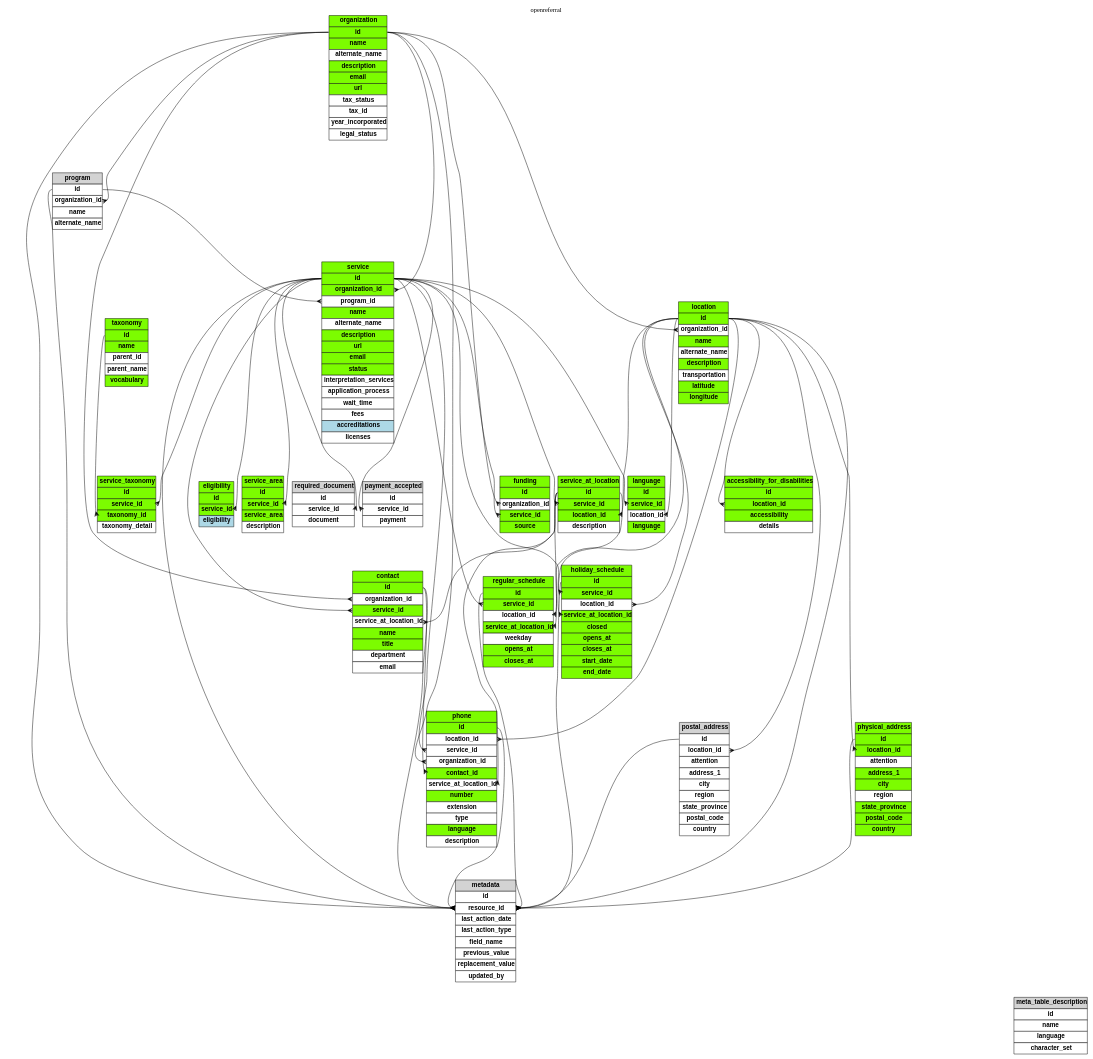
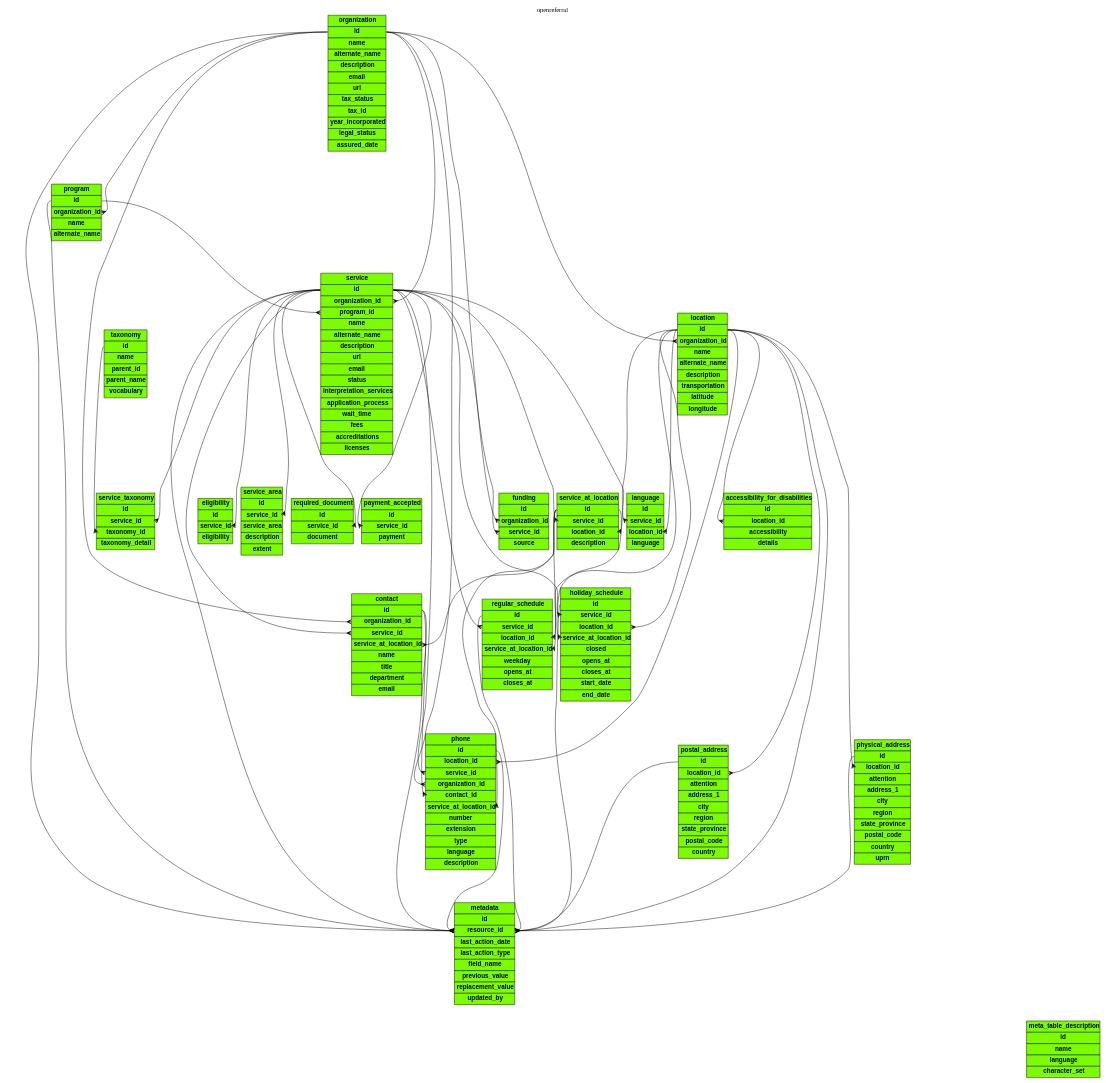
Before and after one commit to OpenReferralUK/human-services: the diagram in Schemas/openreferral.gv, drawn with Graphviz. The commit also changed 38 other files, not shown here.

```diff
--- a/Schemas/openreferral.gv
+++ b/Schemas/openreferral.gv
@@ -16,14 +16,15 @@
 <tr><td bgcolor="lawngreen"><b>organization</b></td></tr>
 <tr><td port='id'  bgcolor="lawngreen"><b>id</b></td></tr>
 <tr><td  bgcolor="lawngreen"><b>name</b></td></tr>
-<tr><td  bgcolor="white"><b>alternate_name</b></td></tr>
+<tr><td  bgcolor="lawngreen"><b>alternate_name</b></td></tr>
 <tr><td  bgcolor="lawngreen"><b>description</b></td></tr>
 <tr><td  bgcolor="lawngreen"><b>email</b></td></tr>
 <tr><td  bgcolor="lawngreen"><b>url</b></td></tr>
-<tr><td  bgcolor="white"><b>tax_status</b></td></tr>
-<tr><td  bgcolor="white"><b>tax_id</b></td></tr>
-<tr><td  bgcolor="white"><b>year_incorporated</b></td></tr>
-<tr><td  bgcolor="white"><b>legal_status</b></td></tr>
+<tr><td  bgcolor="lawngreen"><b>tax_status</b></td></tr>
+<tr><td  bgcolor="lawngreen"><b>tax_id</b></td></tr>
+<tr><td  bgcolor="lawngreen"><b>year_incorporated</b></td></tr>
+<tr><td  bgcolor="lawngreen"><b>legal_status</b></td></tr>
+<tr><td  bgcolor="lawngreen"><b>assured_date</b></td></tr>
 </table>
 >]
 
@@ -31,11 +32,11 @@
 
 program [label=<
 <table border="0" cellborder="1" cellspacing="0" cellpadding="4">
-<tr><td bgcolor="lightgrey"><b>program</b></td></tr>
-<tr><td port='id'  bgcolor="white"><b>id</b></td></tr>
-<tr><td port='organization_id'  bgcolor="white"><b>organization_id</b></td></tr>
-<tr><td  bgcolor="white"><b>name</b></td></tr>
-<tr><td  bgcolor="white"><b>alternate_name</b></td></tr>
+<tr><td bgcolor="lawngreen"><b>program</b></td></tr>
+<tr><td port='id'  bgcolor="lawngreen"><b>id</b></td></tr>
+<tr><td port='organization_id'  bgcolor="lawngreen"><b>organization_id</b></td></tr>
+<tr><td  bgcolor="lawngreen"><b>name</b></td></tr>
+<tr><td  bgcolor="lawngreen"><b>alternate_name</b></td></tr>
 </table>
 >]
 
@@ -47,19 +48,19 @@
 <tr><td bgcolor="lawngreen"><b>service</b></td></tr>
 <tr><td port='id'  bgcolor="lawngreen"><b>id</b></td></tr>
 <tr><td port='organization_id'  bgcolor="lawngreen"><b>organization_id</b></td></tr>
-<tr><td port='program_id'  bgcolor="white"><b>program_id</b></td></tr>
+<tr><td port='program_id'  bgcolor="lawngreen"><b>program_id</b></td></tr>
 <tr><td  bgcolor="lawngreen"><b>name</b></td></tr>
-<tr><td  bgcolor="white"><b>alternate_name</b></td></tr>
+<tr><td  bgcolor="lawngreen"><b>alternate_name</b></td></tr>
 <tr><td  bgcolor="lawngreen"><b>description</b></td></tr>
 <tr><td  bgcolor="lawngreen"><b>url</b></td></tr>
 <tr><td  bgcolor="lawngreen"><b>email</b></td></tr>
 <tr><td  bgcolor="lawngreen"><b>status</b></td></tr>
-<tr><td  bgcolor="white"><b>interpretation_services</b></td></tr>
-<tr><td  bgcolor="white"><b>application_process</b></td></tr>
-<tr><td  bgcolor="white"><b>wait_time</b></td></tr>
-<tr><td  bgcolor="white"><b>fees</b></td></tr>
-<tr><td  bgcolor="lightblue"><b>accreditations</b></td></tr>
-<tr><td  bgcolor="white"><b>licenses</b></td></tr>
+<tr><td  bgcolor="lawngreen"><b>interpretation_services</b></td></tr>
+<tr><td  bgcolor="lawngreen"><b>application_process</b></td></tr>
+<tr><td  bgcolor="lawngreen"><b>wait_time</b></td></tr>
+<tr><td  bgcolor="lawngreen"><b>fees</b></td></tr>
+<tr><td  bgcolor="lawngreen"><b>accreditations</b></td></tr>
+<tr><td  bgcolor="lawngreen"><b>licenses</b></td></tr>
 </table>
 >]
 
@@ -73,7 +74,7 @@
 <tr><td port='id'  bgcolor="lawngreen"><b>id</b></td></tr>
 <tr><td port='service_id'  bgcolor="lawngreen"><b>service_id</b></td></tr>
 <tr><td port='taxonomy_id'  bgcolor="lawngreen"><b>taxonomy_id</b></td></tr>
-<tr><td  bgcolor="white"><b>taxonomy_detail</b></td></tr>
+<tr><td  bgcolor="lawngreen"><b>taxonomy_detail</b></td></tr>
 </table>
 >]
 
@@ -87,7 +88,7 @@
 <tr><td port='id'  bgcolor="lawngreen"><b>id</b></td></tr>
 <tr><td port='service_id'  bgcolor="lawngreen"><b>service_id</b></td></tr>
 <tr><td port='location_id'  bgcolor="lawngreen"><b>location_id</b></td></tr>
-<tr><td  bgcolor="white"><b>description</b></td></tr>
+<tr><td  bgcolor="lawngreen"><b>description</b></td></tr>
 </table>
 >]
 
@@ -99,11 +100,11 @@
 <table border="0" cellborder="1" cellspacing="0" cellpadding="4">
 <tr><td bgcolor="lawngreen"><b>location</b></td></tr>
 <tr><td port='id'  bgcolor="lawngreen"><b>id</b></td></tr>
-<tr><td port='organization_id'  bgcolor="white"><b>organization_id</b></td></tr>
+<tr><td port='organization_id'  bgcolor="lawngreen"><b>organization_id</b></td></tr>
 <tr><td  bgcolor="lawngreen"><b>name</b></td></tr>
-<tr><td  bgcolor="white"><b>alternate_name</b></td></tr>
+<tr><td  bgcolor="lawngreen"><b>alternate_name</b></td></tr>
 <tr><td  bgcolor="lawngreen"><b>description</b></td></tr>
-<tr><td  bgcolor="white"><b>transportation</b></td></tr>
+<tr><td  bgcolor="lawngreen"><b>transportation</b></td></tr>
 <tr><td  bgcolor="lawngreen"><b>latitude</b></td></tr>
 <tr><td  bgcolor="lawngreen"><b>longitude</b></td></tr>
 </table>
@@ -116,16 +117,16 @@
 <table border="0" cellborder="1" cellspacing="0" cellpadding="4">
 <tr><td bgcolor="lawngreen"><b>phone</b></td></tr>
 <tr><td port='id'  bgcolor="lawngreen"><b>id</b></td></tr>
-<tr><td port='location_id'  bgcolor="white"><b>location_id</b></td></tr>
-<tr><td port='service_id'  bgcolor="white"><b>service_id</b></td></tr>
-<tr><td port='organization_id'  bgcolor="white"><b>organization_id</b></td></tr>
+<tr><td port='location_id'  bgcolor="lawngreen"><b>location_id</b></td></tr>
+<tr><td port='service_id'  bgcolor="lawngreen"><b>service_id</b></td></tr>
+<tr><td port='organization_id'  bgcolor="lawngreen"><b>organization_id</b></td></tr>
 <tr><td port='contact_id'  bgcolor="lawngreen"><b>contact_id</b></td></tr>
-<tr><td port='service_at_location_id'  bgcolor="white"><b>service_at_location_id</b></td></tr>
+<tr><td port='service_at_location_id'  bgcolor="lawngreen"><b>service_at_location_id</b></td></tr>
 <tr><td  bgcolor="lawngreen"><b>number</b></td></tr>
-<tr><td  bgcolor="white"><b>extension</b></td></tr>
-<tr><td  bgcolor="white"><b>type</b></td></tr>
+<tr><td  bgcolor="lawngreen"><b>extension</b></td></tr>
+<tr><td  bgcolor="lawngreen"><b>type</b></td></tr>
 <tr><td  bgcolor="lawngreen"><b>language</b></td></tr>
-<tr><td  bgcolor="white"><b>description</b></td></tr>
+<tr><td  bgcolor="lawngreen"><b>description</b></td></tr>
 </table>
 >]
 
@@ -140,13 +141,13 @@
 <table border="0" cellborder="1" cellspacing="0" cellpadding="4">
 <tr><td bgcolor="lawngreen"><b>contact</b></td></tr>
 <tr><td port='id'  bgcolor="lawngreen"><b>id</b></td></tr>
-<tr><td port='organization_id'  bgcolor="white"><b>organization_id</b></td></tr>
+<tr><td port='organization_id'  bgcolor="lawngreen"><b>organization_id</b></td></tr>
 <tr><td port='service_id'  bgcolor="lawngreen"><b>service_id</b></td></tr>
-<tr><td port='service_at_location_id'  bgcolor="white"><b>service_at_location_id</b></td></tr>
+<tr><td port='service_at_location_id'  bgcolor="lawngreen"><b>service_at_location_id</b></td></tr>
 <tr><td  bgcolor="lawngreen"><b>name</b></td></tr>
 <tr><td  bgcolor="lawngreen"><b>title</b></td></tr>
-<tr><td  bgcolor="white"><b>department</b></td></tr>
-<tr><td  bgcolor="white"><b>email</b></td></tr>
+<tr><td  bgcolor="lawngreen"><b>department</b></td></tr>
+<tr><td  bgcolor="lawngreen"><b>email</b></td></tr>
 </table>
 >]
 
@@ -160,13 +161,14 @@
 <tr><td bgcolor="lawngreen"><b>physical_address</b></td></tr>
 <tr><td port='id'  bgcolor="lawngreen"><b>id</b></td></tr>
 <tr><td port='location_id'  bgcolor="lawngreen"><b>location_id</b></td></tr>
-<tr><td  bgcolor="white"><b>attention</b></td></tr>
+<tr><td  bgcolor="lawngreen"><b>attention</b></td></tr>
 <tr><td  bgcolor="lawngreen"><b>address_1</b></td></tr>
 <tr><td  bgcolor="lawngreen"><b>city</b></td></tr>
-<tr><td  bgcolor="white"><b>region</b></td></tr>
+<tr><td  bgcolor="lawngreen"><b>region</b></td></tr>
 <tr><td  bgcolor="lawngreen"><b>state_province</b></td></tr>
 <tr><td  bgcolor="lawngreen"><b>postal_code</b></td></tr>
 <tr><td  bgcolor="lawngreen"><b>country</b></td></tr>
+<tr><td  bgcolor="lawngreen"><b>uprn</b></td></tr>
 </table>
 >]
 
@@ -175,16 +177,16 @@
 
 postal_address [label=<
 <table border="0" cellborder="1" cellspacing="0" cellpadding="4">
-<tr><td bgcolor="lightgrey"><b>postal_address</b></td></tr>
-<tr><td port='id'  bgcolor="white"><b>id</b></td></tr>
-<tr><td port='location_id'  bgcolor="white"><b>location_id</b></td></tr>
-<tr><td  bgcolor="white"><b>attention</b></td></tr>
-<tr><td  bgcolor="white"><b>address_1</b></td></tr>
-<tr><td  bgcolor="white"><b>city</b></td></tr>
-<tr><td  bgcolor="white"><b>region</b></td></tr>
-<tr><td  bgcolor="white"><b>state_province</b></td></tr>
-<tr><td  bgcolor="white"><b>postal_code</b></td></tr>
-<tr><td  bgcolor="white"><b>country</b></td></tr>
+<tr><td bgcolor="lawngreen"><b>postal_address</b></td></tr>
+<tr><td port='id'  bgcolor="lawngreen"><b>id</b></td></tr>
+<tr><td port='location_id'  bgcolor="lawngreen"><b>location_id</b></td></tr>
+<tr><td  bgcolor="lawngreen"><b>attention</b></td></tr>
+<tr><td  bgcolor="lawngreen"><b>address_1</b></td></tr>
+<tr><td  bgcolor="lawngreen"><b>city</b></td></tr>
+<tr><td  bgcolor="lawngreen"><b>region</b></td></tr>
+<tr><td  bgcolor="lawngreen"><b>state_province</b></td></tr>
+<tr><td  bgcolor="lawngreen"><b>postal_code</b></td></tr>
+<tr><td  bgcolor="lawngreen"><b>country</b></td></tr>
 </table>
 >]
 
@@ -196,9 +198,9 @@
 <tr><td bgcolor="lawngreen"><b>regular_schedule</b></td></tr>
 <tr><td port='id'  bgcolor="lawngreen"><b>id</b></td></tr>
 <tr><td port='service_id'  bgcolor="lawngreen"><b>service_id</b></td></tr>
-<tr><td port='location_id'  bgcolor="white"><b>location_id</b></td></tr>
+<tr><td port='location_id'  bgcolor="lawngreen"><b>location_id</b></td></tr>
 <tr><td port='service_at_location_id'  bgcolor="lawngreen"><b>service_at_location_id</b></td></tr>
-<tr><td  bgcolor="white"><b>weekday</b></td></tr>
+<tr><td  bgcolor="lawngreen"><b>weekday</b></td></tr>
 <tr><td  bgcolor="lawngreen"><b>opens_at</b></td></tr>
 <tr><td  bgcolor="lawngreen"><b>closes_at</b></td></tr>
 </table>
@@ -214,7 +216,7 @@
 <tr><td bgcolor="lawngreen"><b>holiday_schedule</b></td></tr>
 <tr><td port='id'  bgcolor="lawngreen"><b>id</b></td></tr>
 <tr><td port='service_id'  bgcolor="lawngreen"><b>service_id</b></td></tr>
-<tr><td port='location_id'  bgcolor="white"><b>location_id</b></td></tr>
+<tr><td port='location_id'  bgcolor="lawngreen"><b>location_id</b></td></tr>
 <tr><td port='service_at_location_id'  bgcolor="lawngreen"><b>service_at_location_id</b></td></tr>
 <tr><td  bgcolor="lawngreen"><b>closed</b></td></tr>
 <tr><td  bgcolor="lawngreen"><b>opens_at</b></td></tr>
@@ -233,7 +235,7 @@
 <table border="0" cellborder="1" cellspacing="0" cellpadding="4">
 <tr><td bgcolor="lawngreen"><b>funding</b></td></tr>
 <tr><td port='id'  bgcolor="lawngreen"><b>id</b></td></tr>
-<tr><td port='organization_id'  bgcolor="white"><b>organization_id</b></td></tr>
+<tr><td port='organization_id'  bgcolor="lawngreen"><b>organization_id</b></td></tr>
 <tr><td port='service_id'  bgcolor="lawngreen"><b>service_id</b></td></tr>
 <tr><td  bgcolor="lawngreen"><b>source</b></td></tr>
 </table>
@@ -248,7 +250,7 @@
 <tr><td bgcolor="lawngreen"><b>eligibility</b></td></tr>
 <tr><td port='id'  bgcolor="lawngreen"><b>id</b></td></tr>
 <tr><td port='service_id'  bgcolor="lawngreen"><b>service_id</b></td></tr>
-<tr><td  bgcolor="lightblue"><b>eligibility</b></td></tr>
+<tr><td  bgcolor="lawngreen"><b>eligibility</b></td></tr>
 </table>
 >]
 
@@ -261,7 +263,8 @@
 <tr><td port='id'  bgcolor="lawngreen"><b>id</b></td></tr>
 <tr><td port='service_id'  bgcolor="lawngreen"><b>service_id</b></td></tr>
 <tr><td  bgcolor="lawngreen"><b>service_area</b></td></tr>
-<tr><td  bgcolor="white"><b>description</b></td></tr>
+<tr><td  bgcolor="lawngreen"><b>description</b></td></tr>
+<tr><td  bgcolor="lawngreen"><b>extent</b></td></tr>
 </table>
 >]
 
@@ -270,10 +273,10 @@
 
 required_document [label=<
 <table border="0" cellborder="1" cellspacing="0" cellpadding="4">
-<tr><td bgcolor="lightgrey"><b>required_document</b></td></tr>
-<tr><td port='id'  bgcolor="white"><b>id</b></td></tr>
-<tr><td port='service_id'  bgcolor="white"><b>service_id</b></td></tr>
-<tr><td  bgcolor="white"><b>document</b></td></tr>
+<tr><td bgcolor="lawngreen"><b>required_document</b></td></tr>
+<tr><td port='id'  bgcolor="lawngreen"><b>id</b></td></tr>
+<tr><td port='service_id'  bgcolor="lawngreen"><b>service_id</b></td></tr>
+<tr><td  bgcolor="lawngreen"><b>document</b></td></tr>
 </table>
 >]
 
@@ -282,10 +285,10 @@
 
 payment_accepted [label=<
 <table border="0" cellborder="1" cellspacing="0" cellpadding="4">
-<tr><td bgcolor="lightgrey"><b>payment_accepted</b></td></tr>
-<tr><td port='id'  bgcolor="white"><b>id</b></td></tr>
-<tr><td port='service_id'  bgcolor="white"><b>service_id</b></td></tr>
-<tr><td  bgcolor="white"><b>payment</b></td></tr>
+<tr><td bgcolor="lawngreen"><b>payment_accepted</b></td></tr>
+<tr><td port='id'  bgcolor="lawngreen"><b>id</b></td></tr>
+<tr><td port='service_id'  bgcolor="lawngreen"><b>service_id</b></td></tr>
+<tr><td  bgcolor="lawngreen"><b>payment</b></td></tr>
 </table>
 >]
 
@@ -297,7 +300,7 @@
 <tr><td bgcolor="lawngreen"><b>language</b></td></tr>
 <tr><td port='id'  bgcolor="lawngreen"><b>id</b></td></tr>
 <tr><td port='service_id'  bgcolor="lawngreen"><b>service_id</b></td></tr>
-<tr><td port='location_id'  bgcolor="white"><b>location_id</b></td></tr>
+<tr><td port='location_id'  bgcolor="lawngreen"><b>location_id</b></td></tr>
 <tr><td  bgcolor="lawngreen"><b>language</b></td></tr>
 </table>
 >]
@@ -312,7 +315,7 @@
 <tr><td port='id'  bgcolor="lawngreen"><b>id</b></td></tr>
 <tr><td port='location_id'  bgcolor="lawngreen"><b>location_id</b></td></tr>
 <tr><td  bgcolor="lawngreen"><b>accessibility</b></td></tr>
-<tr><td  bgcolor="white"><b>details</b></td></tr>
+<tr><td  bgcolor="lawngreen"><b>details</b></td></tr>
 </table>
 >]
 
@@ -324,8 +327,8 @@
 <tr><td bgcolor="lawngreen"><b>taxonomy</b></td></tr>
 <tr><td port='id'  bgcolor="lawngreen"><b>id</b></td></tr>
 <tr><td  bgcolor="lawngreen"><b>name</b></td></tr>
-<tr><td  bgcolor="white"><b>parent_id</b></td></tr>
-<tr><td  bgcolor="white"><b>parent_name</b></td></tr>
+<tr><td  bgcolor="lawngreen"><b>parent_id</b></td></tr>
+<tr><td  bgcolor="lawngreen"><b>parent_name</b></td></tr>
 <tr><td  bgcolor="lawngreen"><b>vocabulary</b></td></tr>
 </table>
 >]
@@ -334,15 +337,15 @@
 
 metadata [label=<
 <table border="0" cellborder="1" cellspacing="0" cellpadding="4">
-<tr><td bgcolor="lightgrey"><b>metadata</b></td></tr>
-<tr><td port='id'  bgcolor="white"><b>id</b></td></tr>
-<tr><td port='resource_id'  bgcolor="white"><b>resource_id</b></td></tr>
-<tr><td  bgcolor="white"><b>last_action_date</b></td></tr>
-<tr><td  bgcolor="white"><b>last_action_type</b></td></tr>
-<tr><td  bgcolor="white"><b>field_name</b></td></tr>
-<tr><td  bgcolor="white"><b>previous_value</b></td></tr>
-<tr><td  bgcolor="white"><b>replacement_value</b></td></tr>
-<tr><td  bgcolor="white"><b>updated_by</b></td></tr>
+<tr><td bgcolor="lawngreen"><b>metadata</b></td></tr>
+<tr><td port='id'  bgcolor="lawngreen"><b>id</b></td></tr>
+<tr><td port='resource_id'  bgcolor="lawngreen"><b>resource_id</b></td></tr>
+<tr><td  bgcolor="lawngreen"><b>last_action_date</b></td></tr>
+<tr><td  bgcolor="lawngreen"><b>last_action_type</b></td></tr>
+<tr><td  bgcolor="lawngreen"><b>field_name</b></td></tr>
+<tr><td  bgcolor="lawngreen"><b>previous_value</b></td></tr>
+<tr><td  bgcolor="lawngreen"><b>replacement_value</b></td></tr>
+<tr><td  bgcolor="lawngreen"><b>updated_by</b></td></tr>
 </table>
 >]
 
@@ -360,11 +363,11 @@
 
 meta_table_description [label=<
 <table border="0" cellborder="1" cellspacing="0" cellpadding="4">
-<tr><td bgcolor="lightgrey"><b>meta_table_description</b></td></tr>
-<tr><td port='id'  bgcolor="white"><b>id</b></td></tr>
-<tr><td  bgcolor="white"><b>name</b></td></tr>
-<tr><td  bgcolor="white"><b>language</b></td></tr>
-<tr><td  bgcolor="white"><b>character_set</b></td></tr>
+<tr><td bgcolor="lawngreen"><b>meta_table_description</b></td></tr>
+<tr><td port='id'  bgcolor="lawngreen"><b>id</b></td></tr>
+<tr><td  bgcolor="lawngreen"><b>name</b></td></tr>
+<tr><td  bgcolor="lawngreen"><b>language</b></td></tr>
+<tr><td  bgcolor="lawngreen"><b>character_set</b></td></tr>
 </table>
 >]
 
```
